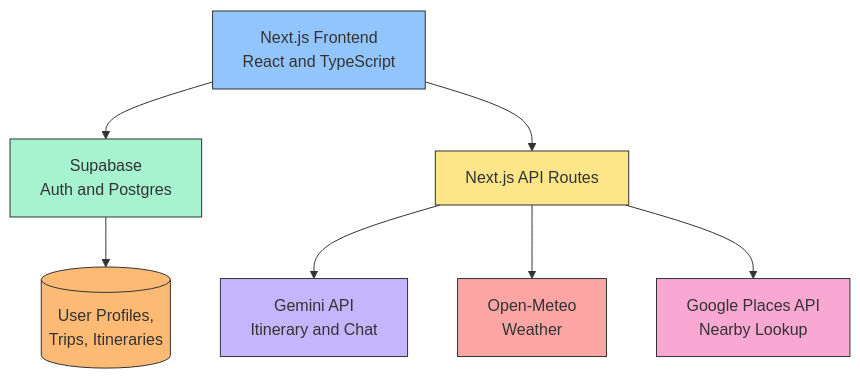
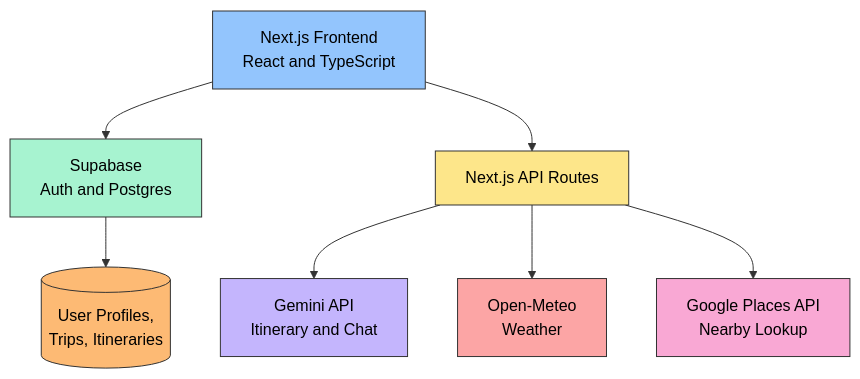
Before and after one commit to ReneChuah/cultural-travel-authentication: the second of 2 diagrams in README.md, drawn with Mermaid. The commit also changed other lines of this file, not shown here.

````diff
--- a/README.md
+++ b/README.md
@@ -218,17 +218,17 @@
 ```mermaid
 graph TD
     A[Next.js Frontend<br/>React and TypeScript] --> B[Supabase<br/>Auth and Postgres]
     A --> C[Next.js API Routes]
     C --> D[Gemini API<br/>Itinerary and Chat]
     C --> E[Open-Meteo<br/>Weather]
     C --> F[Google Places API<br/>Nearby Lookup]
     B --> G[(User Profiles,<br/>Trips, Itineraries)]
 
-    style A fill:#93C5FD,stroke:#333,stroke-width:1px
-    style B fill:#A7F3D0,stroke:#333,stroke-width:1px
-    style C fill:#FDE68A,stroke:#333,stroke-width:1px
-    style D fill:#C4B5FD,stroke:#333,stroke-width:1px
-    style E fill:#FCA5A5,stroke:#333,stroke-width:1px
-    style F fill:#F9A8D4,stroke:#333,stroke-width:1px
-    style G fill:#FDBA74,stroke:#333,stroke-width:1px
+    style A fill:#93C5FD,stroke:#333,stroke-width:1px,color:#000
+    style B fill:#A7F3D0,stroke:#333,stroke-width:1px,color:#000
+    style C fill:#FDE68A,stroke:#333,stroke-width:1px,color:#000
+    style D fill:#C4B5FD,stroke:#333,stroke-width:1px,color:#000
+    style E fill:#FCA5A5,stroke:#333,stroke-width:1px,color:#000
+    style F fill:#F9A8D4,stroke:#333,stroke-width:1px,color:#000
+    style G fill:#FDBA74,stroke:#333,stroke-width:1px,color:#000
 ```
````
